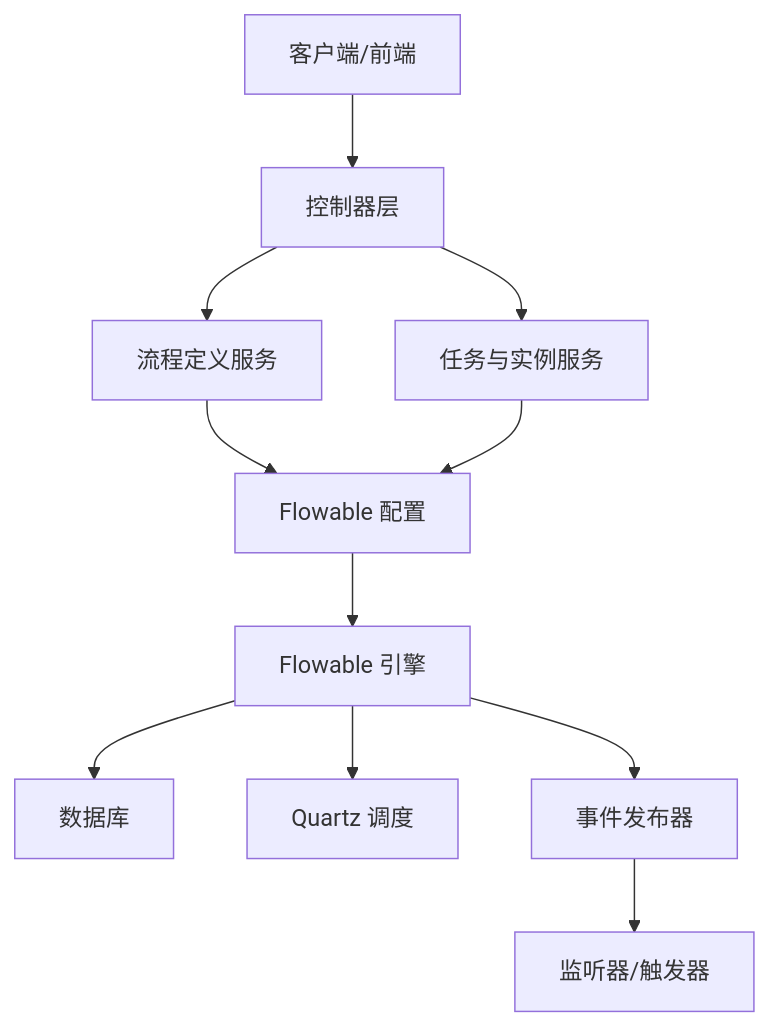
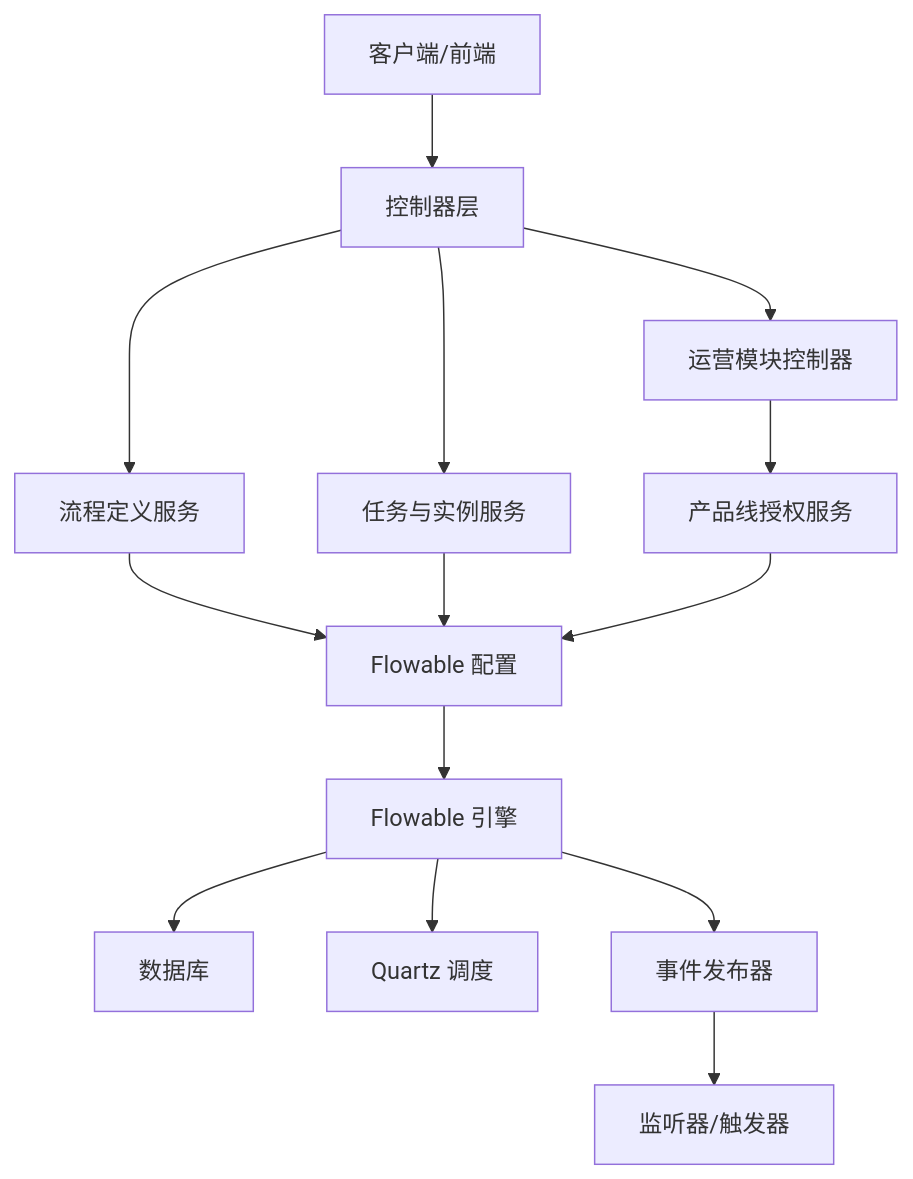
One commit to xiaoche80s-tech/rouyi-vue-pro changed the second of 13 diagrams in .qoder/repowiki/zh/content/核心模块/工作流模块/工作流模块.md. Above: the diagram before and after it, drawn with Mermaid. The commit also changed other lines of this file and 977 other files, not shown here.

````diff
--- a/.qoder/repowiki/zh/content/核心模块/工作流模块/工作流模块.md
+++ b/.qoder/repowiki/zh/content/核心模块/工作流模块/工作流模块.md
@@ -131,13 +154,16 @@
 ```mermaid
 graph TB
 CLIENT["客户端/前端"] --> CTRL["控制器层"]
 CTRL --> SVCDEF["流程定义服务"]
 CTRL --> SVCTASK["任务与实例服务"]
+CTRL --> OPSCTRL["运营模块控制器"]
+OPSCTRL --> OPSERVICE["产品线授权服务"]
 SVCDEF --> FLOWCONF["Flowable 配置"]
 SVCTASK --> FLOWCONF
+OPSERVICE --> FLOWCONF
 FLOWCONF --> ENGINE["Flowable 引擎"]
 ENGINE --> DB["数据库"]
 ENGINE --> QUARTZ["Quartz 调度"]
 ENGINE --> EVENTPUB["事件发布器"]
 EVENTPUB --> LISTENER["监听器/触发器"]
 ```
````
